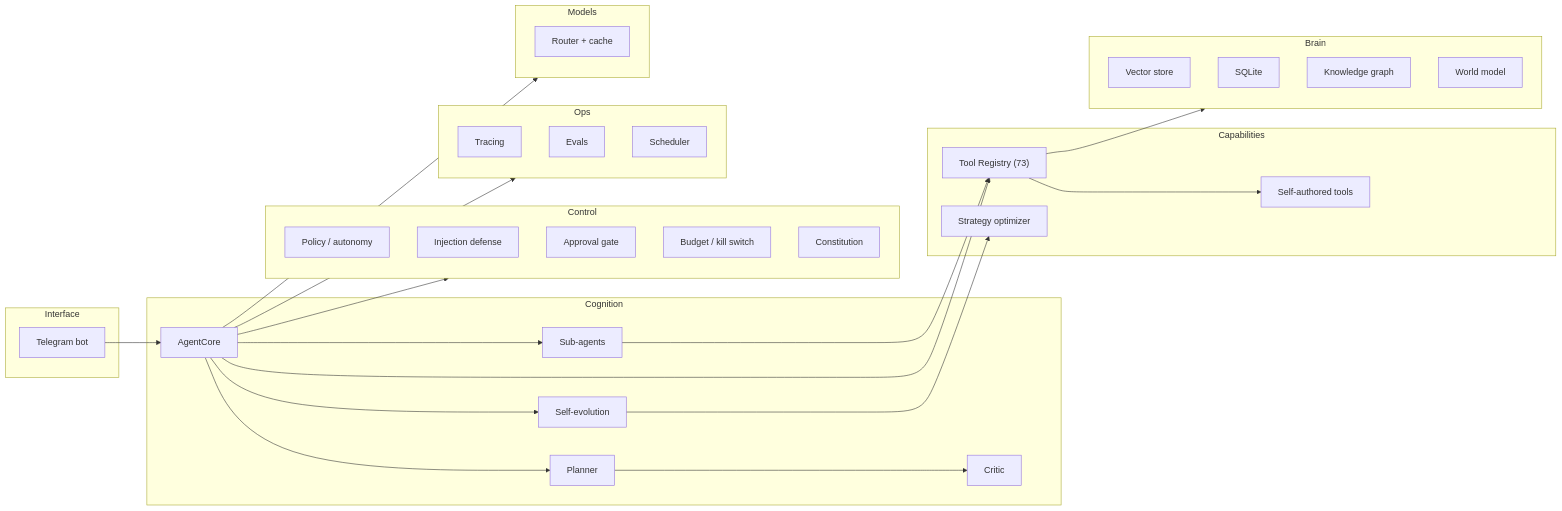
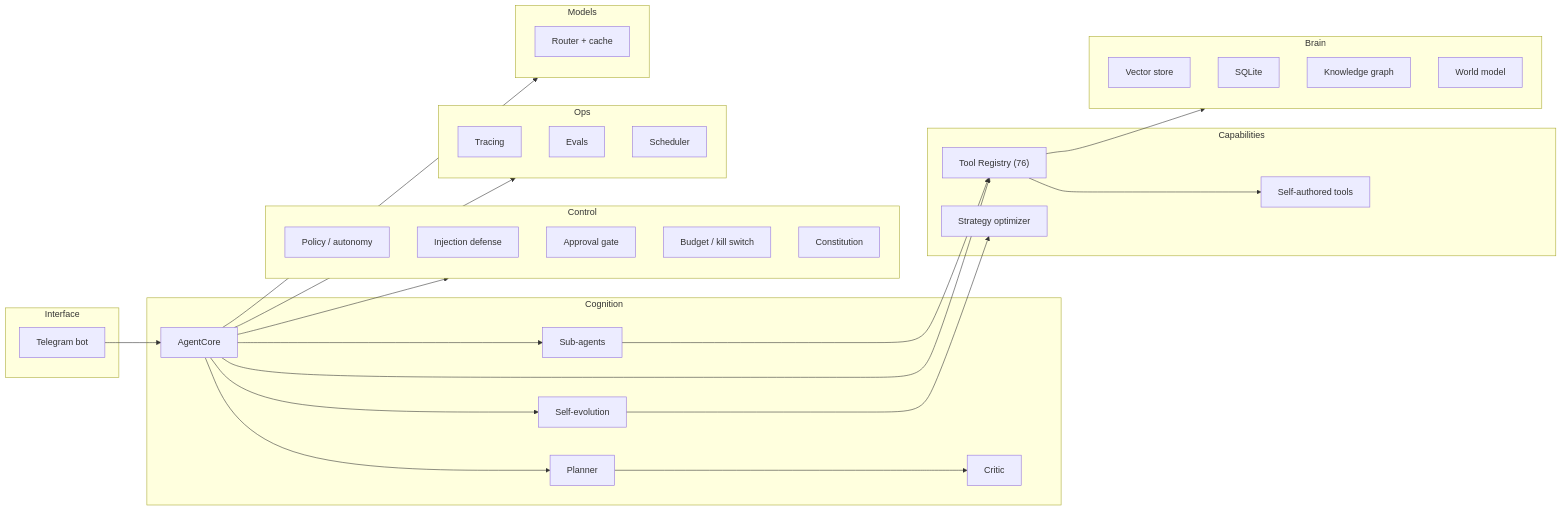
Before and after one commit to Vinayak-RZ/Founder-OS: the second of 5 diagrams in README.md, drawn with Mermaid. The commit also changed other lines of this file, not shown here.

Commit message:
docs: document Tool-RAG, Self-RAG/CRAG, confidence/abstention, GraphRAG, MCP server, and LLM-as-judge evals (counts, techniques table, changelog, tool catalog, env vars)

````diff
--- a/README.md
+++ b/README.md
@@ -192,47 +199,47 @@
 ```mermaid
 flowchart LR
     subgraph Interface
         TG["Telegram bot"]
     end
     subgraph Cognition
         CORE["AgentCore"]
         PLAN["Planner"]
         CRIT["Critic"]
         SUB["Sub-agents"]
         EVO["Self-evolution"]
     end
     subgraph Capabilities
-        REG["Tool Registry (73)"]
+        REG["Tool Registry (76)"]
         SKILLS["Self-authored tools"]
         OPT["Strategy optimizer"]
     end
     subgraph Brain
         VEC["Vector store"]
         SQLDB["SQLite"]
         KG["Knowledge graph"]
         WM["World model"]
     end
     subgraph Control
         POL["Policy / autonomy"]
         SAFE["Injection defense"]
         APP["Approval gate"]
         BUD["Budget / kill switch"]
         CON["Constitution"]
     end
     subgraph Ops
         TR["Tracing"]
         EV["Evals"]
         SCH["Scheduler"]
     end
     subgraph Models
         RT["Router + cache"]
     end
     TG --> CORE --> PLAN --> CRIT
     CORE --> SUB --> REG
     CORE --> REG --> SKILLS
     CORE --> EVO --> OPT
     REG --> Brain
     CORE --> Control
     CORE --> Ops
     CORE --> Models
 ```
````
